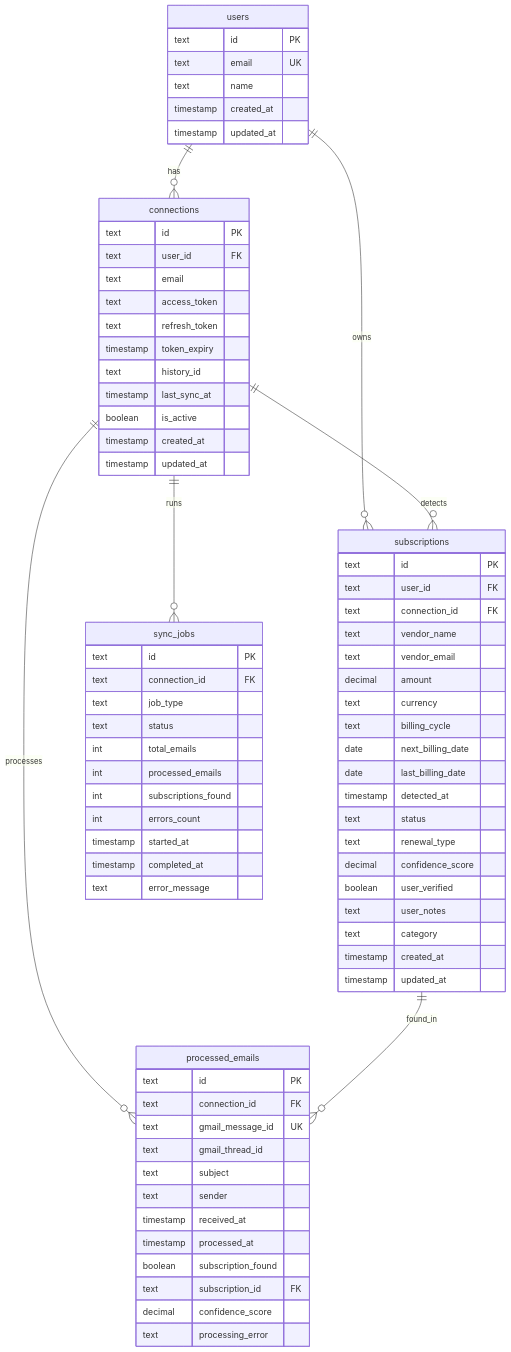
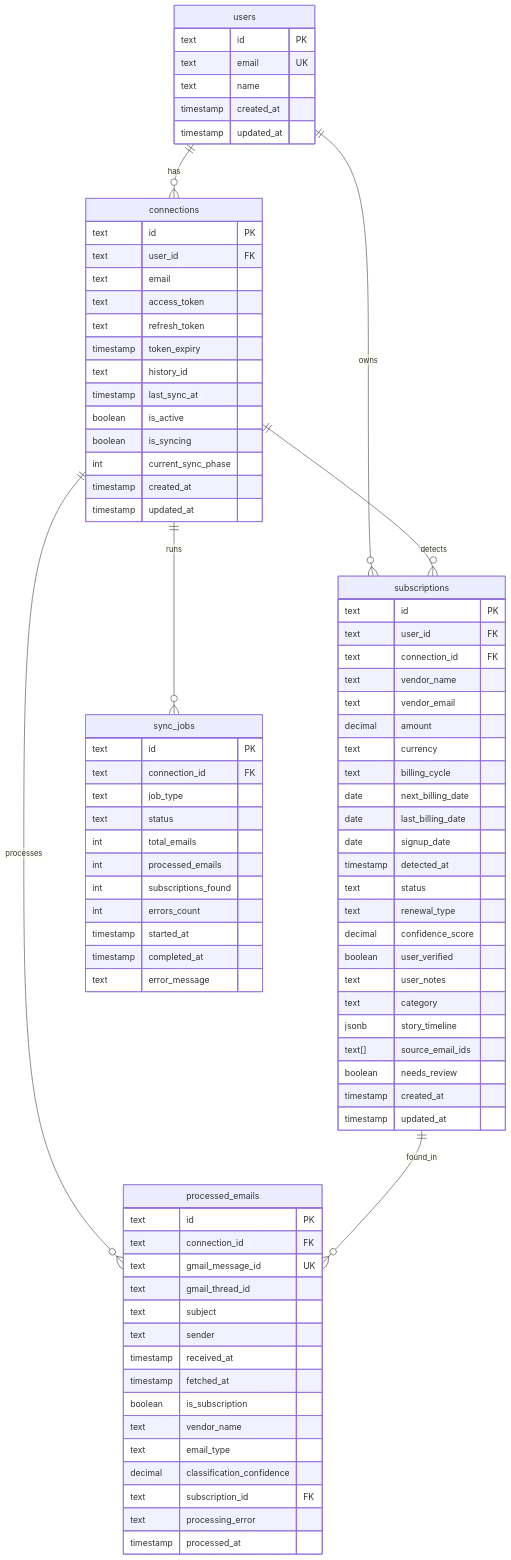
The diagram in docs/architecture/schema-diagram.md (rohanluthra13/subscriptions), drawn with Mermaid before and after one commit. The commit also changed other lines of this file and 35 other files, not shown here.

First line of the commit message:
feat: implement Phase 1 email metadata ingestion pipeline

```diff
--- a/docs/architecture/schema-diagram.md
+++ b/docs/architecture/schema-diagram.md
@@ -22,6 +22,8 @@
         text history_id
         timestamp last_sync_at
         boolean is_active
+        boolean is_syncing
+        int current_sync_phase
         timestamp created_at
         timestamp updated_at
     }
@@ -37,6 +39,7 @@
         text billing_cycle
         date next_billing_date
         date last_billing_date
+        date signup_date
         timestamp detected_at
         text status
         text renewal_type
@@ -44,6 +47,9 @@
         boolean user_verified
         text user_notes
         text category
+        jsonb story_timeline
+        text[] source_email_ids
+        boolean needs_review
         timestamp created_at
         timestamp updated_at
     }
@@ -56,11 +62,14 @@
         text subject
         text sender
         timestamp received_at
+        timestamp fetched_at
+        boolean is_subscription
+        text vendor_name
+        text email_type
+        decimal classification_confidence
+        text subscription_id FK
+        text processing_error
         timestamp processed_at
-        boolean subscription_found
-        text subscription_id FK
-        decimal confidence_score
-        text processing_error
     }
 
     sync_jobs {
```
